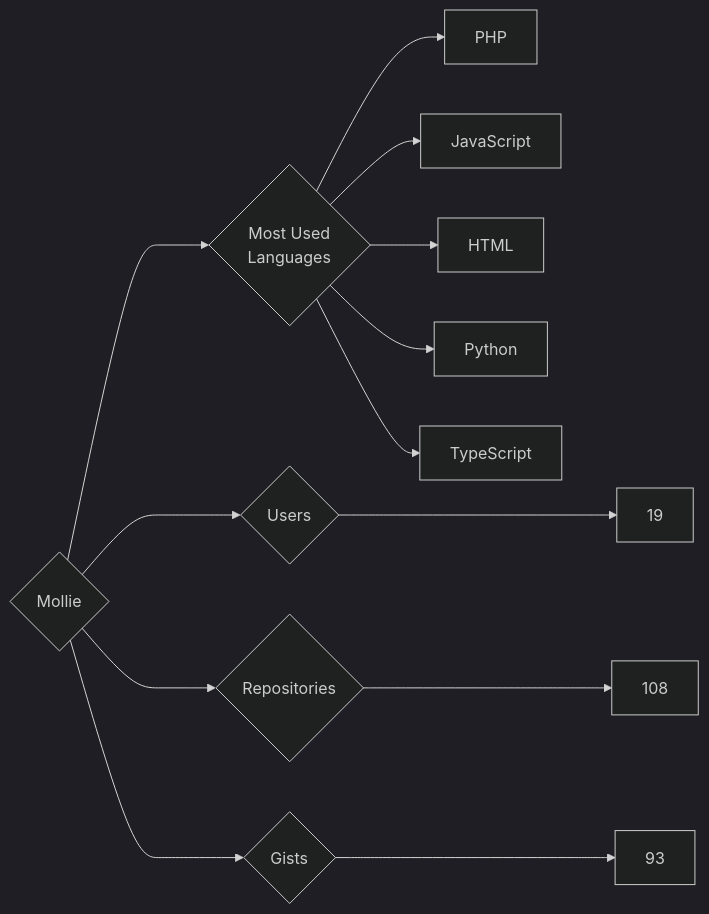
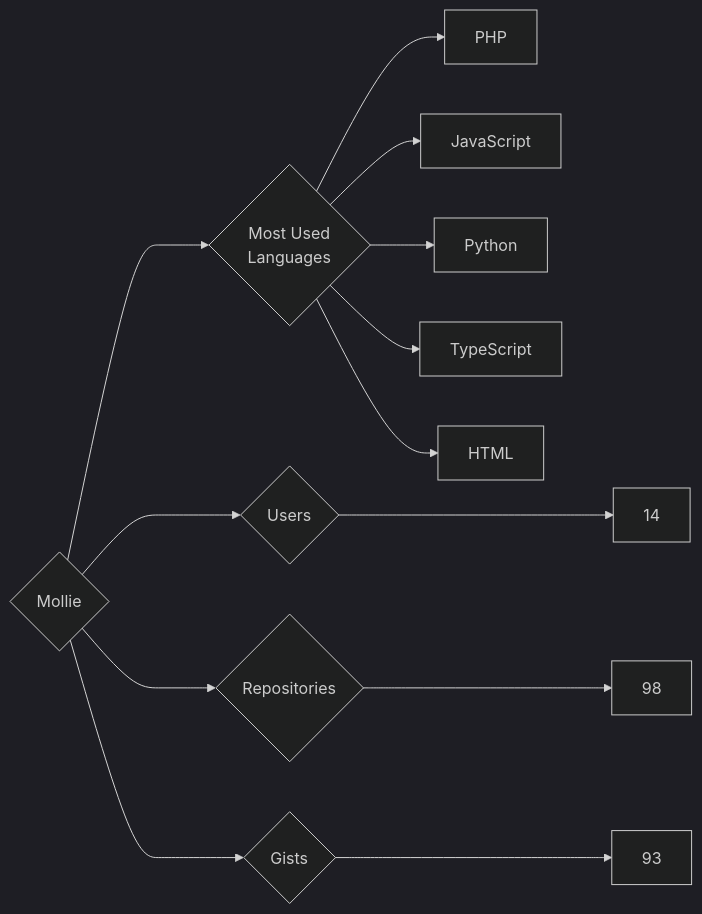
The diagram in targets/Mollie/README.md (trickest/insiders), drawn with Mermaid (dark theme) before and after one commit. The commit also changed 681 other files, not shown here.

````diff
--- a/targets/Mollie/README.md
+++ b/targets/Mollie/README.md
@@ -3,13 +3,13 @@
 ```mermaid
 graph LR
 COMPANY_NAME{Mollie}
-COMPANY_NAME ---> U{Users} ---> UN[19]
-COMPANY_NAME ---> R{Repositories} ---> RN[108]
+COMPANY_NAME ---> U{Users} ---> UN[14]
+COMPANY_NAME ---> R{Repositories} ---> RN[98]
 COMPANY_NAME ---> G{Gists} ---> GN[93]
 COMPANY_NAME ---> ML{Most Used<br>Languages}
 ML --> PHP[PHP]
 ML --> JavaScript[JavaScript]
-ML --> HTML[HTML]
 ML --> Python[Python]
 ML --> TypeScript[TypeScript]
+ML --> HTML[HTML]
 ```
````
